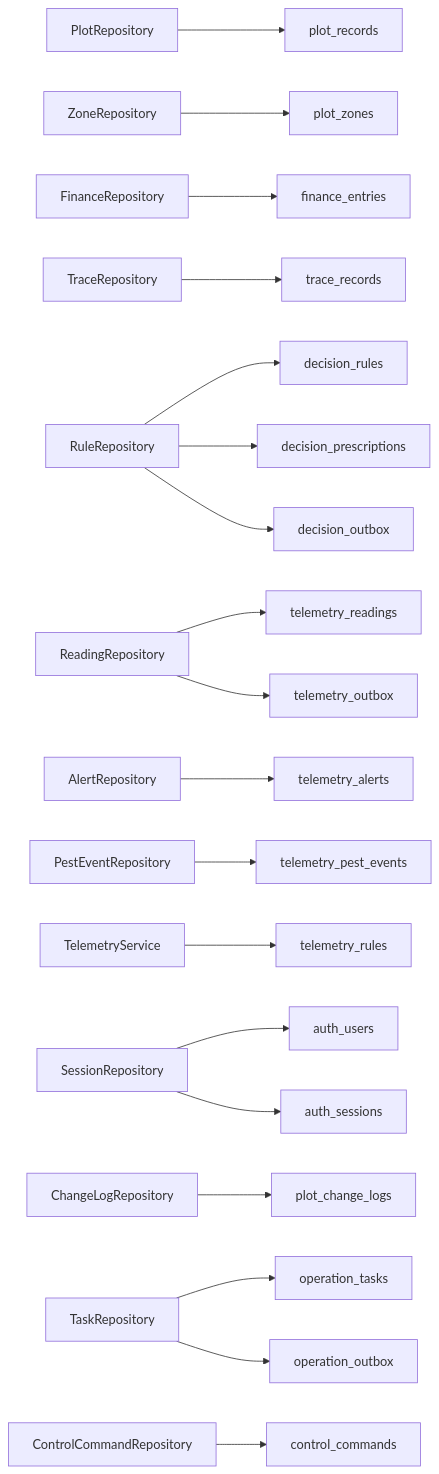
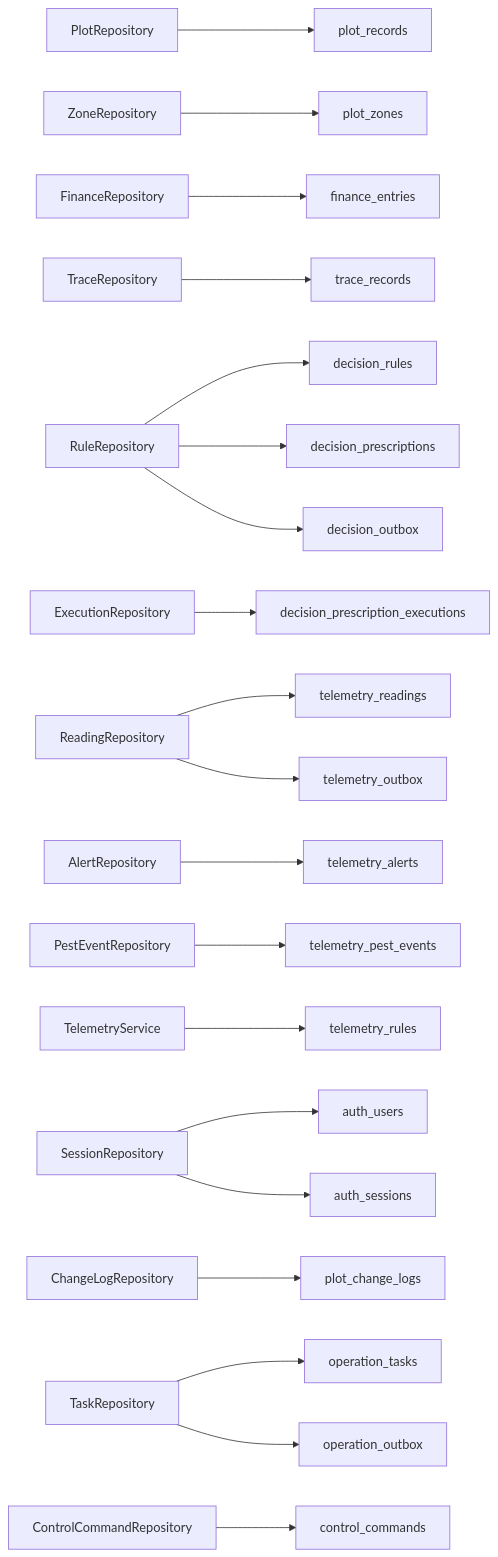
Before and after one commit to q446328246/agri-platform: diagram 16 of 21 in .qoder/repowiki/zh/content/数据库设计/数据库设计.md, drawn with Mermaid. The commit also changed other lines of this file and 35 other files, not shown here.

````diff
--- a/.qoder/repowiki/zh/content/数据库设计/数据库设计.md
+++ b/.qoder/repowiki/zh/content/数据库设计/数据库设计.md
@@ -1127,21 +1221,22 @@
 ```mermaid
 graph LR
 PR["PlotRepository"] --> T1["plot_records"]
-ZR["ZoneRepository"] --> T15["plot_zones"]
+ZR["ZoneRepository"] --> T16["plot_zones"]
 FR["FinanceRepository"] --> T2["finance_entries"]
 TR["TraceRepository"] --> T3["trace_records"]
 RR["RuleRepository"] --> T4["decision_rules"]
 RR --> T5["decision_prescriptions"]
-RR --> T8["decision_outbox"]
-RL["ReadingRepository"] --> T6["telemetry_readings"]
-AL["AlertRepository"] --> T7["telemetry_alerts"]
-RL --> T9["telemetry_outbox"]
-PE["PestEventRepository"] --> T13["telemetry_pest_events"]
-TRU["TelemetryService"] --> T12["telemetry_rules"]
-SR["SessionRepository"] --> T10["auth_users"]
-SR --> T11["auth_sessions"]
-CLR["ChangeLogRepository"] --> T16["plot_change_logs"]
-TSR["TaskRepository"] --> T17["operation_tasks"]
-TSR --> T18["operation_outbox"]
-CCR["ControlCommandRepository"] --> T19["control_commands"]
+RR --> T9["decision_outbox"]
+ER["ExecutionRepository"] --> T6["decision_prescription_executions"]
+RL["ReadingRepository"] --> T7["telemetry_readings"]
+AL["AlertRepository"] --> T8["telemetry_alerts"]
+RL --> T10["telemetry_outbox"]
+PE["PestEventRepository"] --> T14["telemetry_pest_events"]
+TRU["TelemetryService"] --> T13["telemetry_rules"]
+SR["SessionRepository"] --> T11["auth_users"]
+SR --> T12["auth_sessions"]
+CLR["ChangeLogRepository"] --> T17["plot_change_logs"]
+TSR["TaskRepository"] --> T18["operation_tasks"]
+TSR --> T19["operation_outbox"]
+CCR["ControlCommandRepository"] --> T20["control_commands"]
 ```
````
